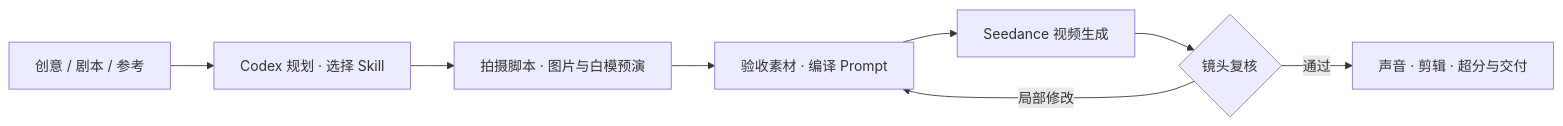
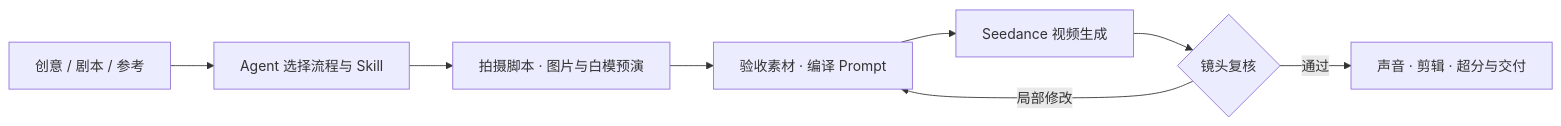
One commit to jiushiaaa/open-drama-flow changed the diagram in README_zh.md. Above: the diagram before and after it, drawn with Mermaid. The commit also changed other lines of this file and 57 other files, not shown here.

````diff
--- a/README_zh.md
+++ b/README_zh.md
@@ -87,10 +161,10 @@
 ```mermaid
 flowchart LR
-    A[创意 / 剧本 / 参考] --> B[Codex 规划 · 选择 Skill]
+    A[创意 / 剧本 / 参考] --> B[Agent 选择流程与 Skill]
     B --> C[拍摄脚本 · 图片与白模预演]
     C --> D[验收素材 · 编译 Prompt]
     D --> E[Seedance 视频生成]
     E --> F{镜头复核}
     F -->|局部修改| D
     F -->|通过| G[声音 · 剪辑 · 超分与交付]
 ```
````
